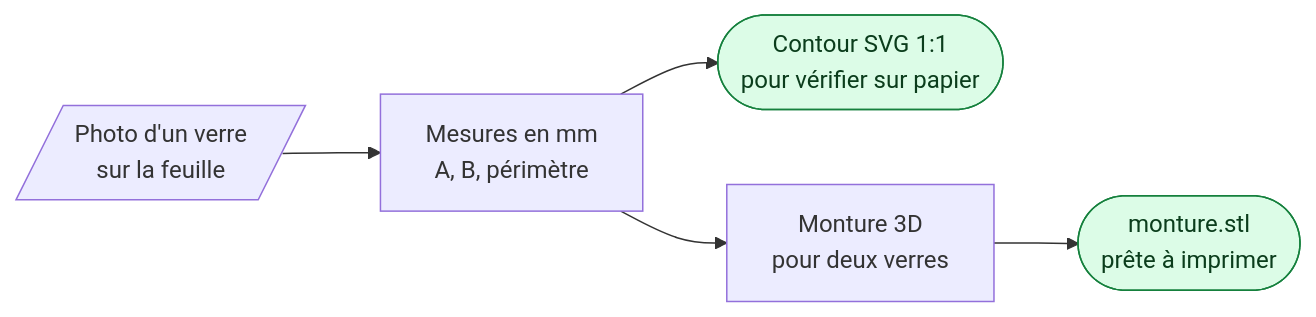
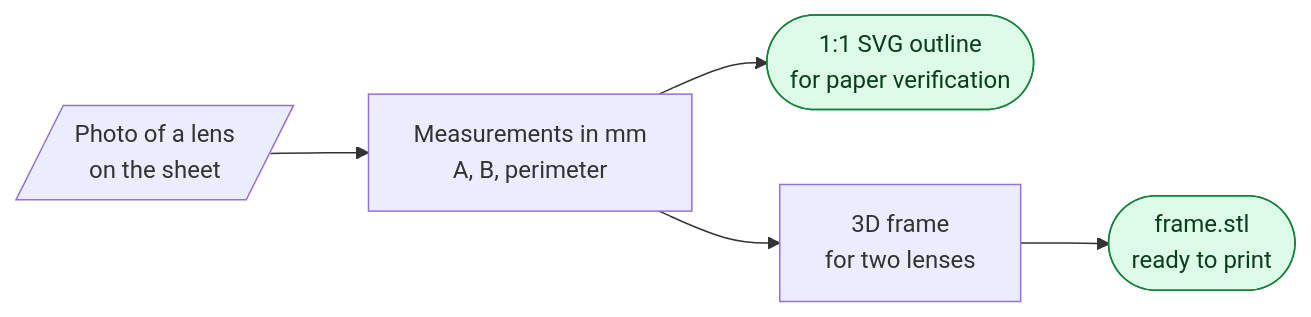
One commit to CodeMLYummy/optiframe changed the first of 2 diagrams in README.md. Above: the diagram before and after it, drawn with Mermaid. The commit also changed other lines of this file, not shown here.

````diff
--- a/README.md
+++ b/README.md
@@ -8,10 +8,10 @@
 ```mermaid
 flowchart LR
-    A[/"Photo d'un verre<br/>sur la feuille"/] --> B["Mesures en mm<br/>A, B, périmètre"]
-    B --> C(["Contour SVG 1:1<br/>pour vérifier sur papier"])
-    B --> D["Monture 3D<br/>pour deux verres"]
-    D --> E(["monture.stl<br/>prête à imprimer"])
+    A[/"Photo of a lens<br/>on the sheet"/] --> B["Measurements in mm<br/>A, B, perimeter"]
+    B --> C(["1:1 SVG outline<br/>for paper verification"])
+    B --> D["3D frame<br/>for two lenses"]
+    D --> E(["frame.stl<br/>ready to print"])
 
     classDef result fill:#dcfce7,stroke:#15803d,color:#0b3d1c
     class C,E result
 ```
````
